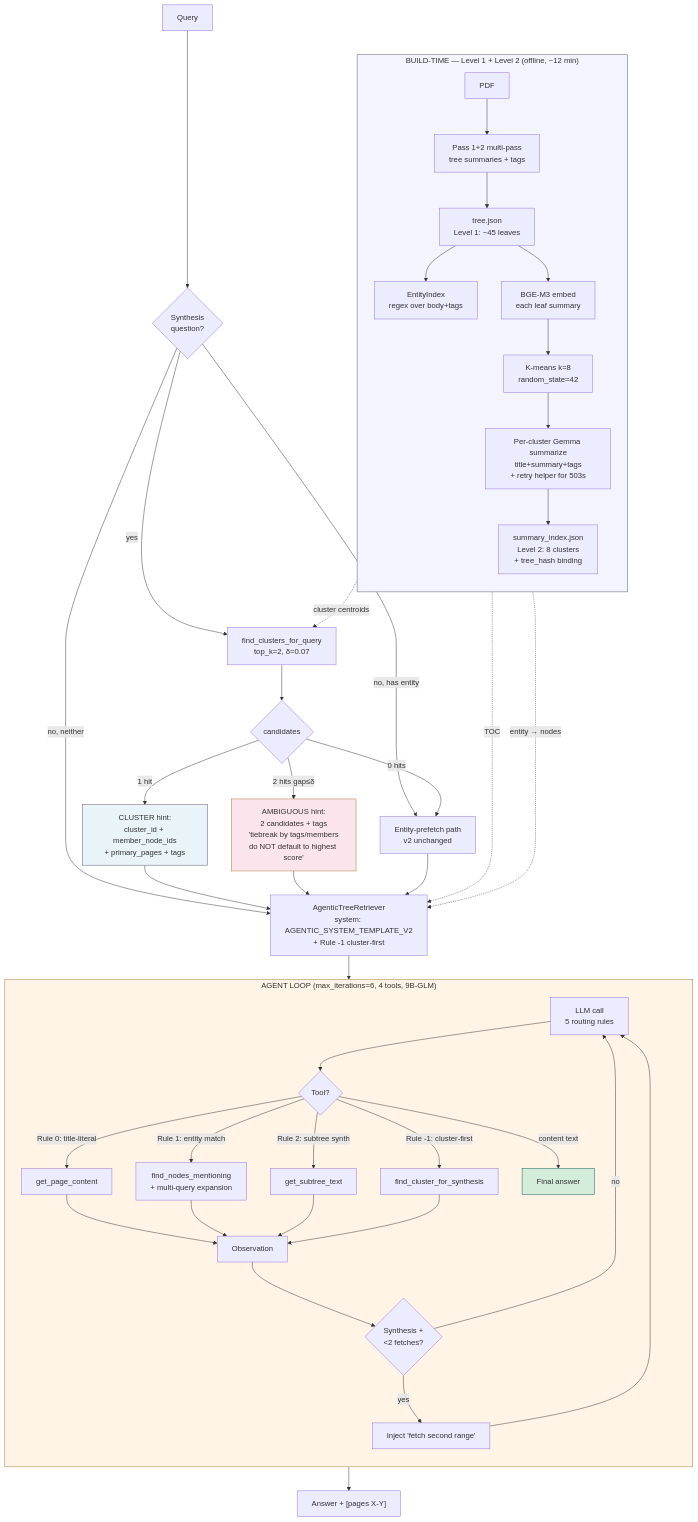
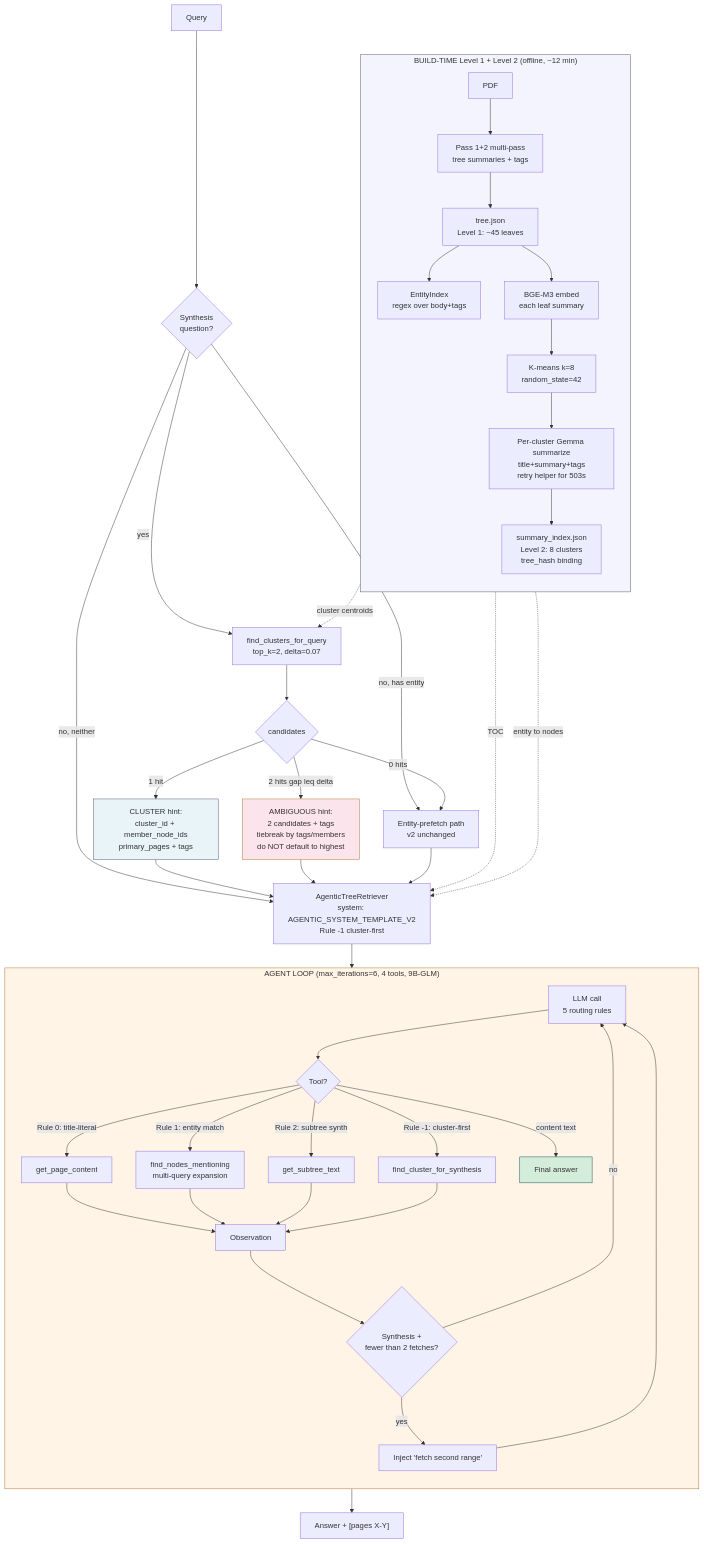
Before and after one commit to shaneliuyx/agent-prep: the third of 4 diagrams in lab-02-7-pageindex/RESULTS.md, drawn with Mermaid. The commit also changed other lines of this file, not shown here.

Commit message:
fix(docs): mermaid render — strip Unicode + quote edge labels in v3 diagram
GitHub mermaid renderer silently drops diagrams with Unicode in node text
or unquoted edge labels containing comparison operators.

Fixes for v3 architecture diagram (Block 3):
- delta -> "delta" (was Greek symbol U+03B4)
- <= rephrased as "leq delta" in edge label, label now quoted
- entity to nodes (was Unicode arrow U+2192)
- removed em-dash from BUILD3 subgraph title
- quoted multi-line edge labels with parentheses
- removed apostrophes from node text labels

Fixes for Block-1 sequence diagram:
- removed "=" from participant declarations (parser ambiguity)
- replaced "@" matrix-product notation with "by"
- replaced Unicode geq/leq with "geq"/"leq" word forms
- replaced "[{...}]" return-type syntax with prose

Block 2 (v2 architecture, committed earlier) keeps its single Unicode arrow
in dotted edge label since it has rendered correctly historically.

````diff
--- a/lab-02-7-pageindex/RESULTS.md
+++ b/lab-02-7-pageindex/RESULTS.md
@@ -686,62 +686,62 @@
 ```mermaid
 flowchart TB
     Q3["Query"] --> CLS{Synthesis<br/>question?}
 
-    subgraph BUILD3["BUILD-TIME — Level 1 + Level 2 (offline, ~12 min)"]
+    subgraph BUILD3["BUILD-TIME Level 1 + Level 2 (offline, ~12 min)"]
         direction TB
         PDF3[PDF] --> P1B[Pass 1+2 multi-pass<br/>tree summaries + tags]
         P1B --> TREE3[tree.json<br/>Level 1: ~45 leaves]
         TREE3 --> EI3[EntityIndex<br/>regex over body+tags]
         TREE3 --> EMB3[BGE-M3 embed<br/>each leaf summary]
         EMB3 --> KM3[K-means k=8<br/>random_state=42]
-        KM3 --> SUM3[Per-cluster Gemma summarize<br/>title+summary+tags<br/>+ retry helper for 503s]
-        SUM3 --> SI3[summary_index.json<br/>Level 2: 8 clusters<br/>+ tree_hash binding]
+        KM3 --> SUM3[Per-cluster Gemma summarize<br/>title+summary+tags<br/>retry helper for 503s]
+        SUM3 --> SI3[summary_index.json<br/>Level 2: 8 clusters<br/>tree_hash binding]
     end
 
-    CLS -->|yes| CL1[find_clusters_for_query<br/>top_k=2, δ=0.07]
+    CLS -->|yes| CL1["find_clusters_for_query<br/>top_k=2, delta=0.07"]
     CLS -->|no, has entity| EP3[Entity-prefetch path<br/>v2 unchanged]
     CLS -->|no, neither| R3
 
     SI3 -.cluster centroids.-> CL1
 
     CL1 --> CLOUT{candidates}
-    CLOUT -->|1 hit| SINGLE[CLUSTER hint:<br/>cluster_id + member_node_ids<br/>+ primary_pages + tags]
-    CLOUT -->|2 hits gap≤δ| AMBIG[AMBIGUOUS hint:<br/>2 candidates + tags<br/>'tiebreak by tags/members<br/>do NOT default to highest score']
+    CLOUT -->|1 hit| SINGLE["CLUSTER hint:<br/>cluster_id + member_node_ids<br/>primary_pages + tags"]
+    CLOUT -->|"2 hits gap leq delta"| AMBIG["AMBIGUOUS hint:<br/>2 candidates + tags<br/>tiebreak by tags/members<br/>do NOT default to highest"]
     CLOUT -->|0 hits| EP3
     SINGLE --> R3
     AMBIG --> R3
     EP3 --> R3
 
     TREE3 -.TOC.-> R3
-    EI3 -.entity → nodes.-> R3
+    EI3 -.entity to nodes.-> R3
 
-    R3[AgenticTreeRetriever<br/>system: AGENTIC_SYSTEM_TEMPLATE_V2<br/>+ Rule -1 cluster-first]
+    R3["AgenticTreeRetriever<br/>system: AGENTIC_SYSTEM_TEMPLATE_V2<br/>Rule -1 cluster-first"]
 
     subgraph LOOP3["AGENT LOOP (max_iterations=6, 4 tools, 9B-GLM)"]
         direction TB
         LLM3[LLM call<br/>5 routing rules]
         LLM3 --> DEC3{Tool?}
-        DEC3 -->|Rule -1: cluster-first| T3D[find_cluster_for_synthesis]
-        DEC3 -->|Rule 0: title-literal| T3A[get_page_content]
-        DEC3 -->|Rule 1: entity match| T3B[find_nodes_mentioning<br/>+ multi-query expansion]
-        DEC3 -->|Rule 2: subtree synth| T3C[get_subtree_text]
+        DEC3 -->|"Rule -1: cluster-first"| T3D[find_cluster_for_synthesis]
+        DEC3 -->|"Rule 0: title-literal"| T3A[get_page_content]
+        DEC3 -->|"Rule 1: entity match"| T3B[find_nodes_mentioning<br/>multi-query expansion]
+        DEC3 -->|"Rule 2: subtree synth"| T3C[get_subtree_text]
         DEC3 -->|content text| FINAL3[Final answer]
         T3A --> OBS3[Observation]
         T3B --> OBS3
         T3C --> OBS3
         T3D --> OBS3
-        OBS3 --> SG3{Synthesis +<br/><2 fetches?}
+        OBS3 --> SG3{"Synthesis +<br/>fewer than 2 fetches?"}
         SG3 -->|yes| INJ3[Inject 'fetch second range']
         SG3 -->|no| LLM3
         INJ3 --> LLM3
     end
 
     R3 --> LOOP3
     LOOP3 --> ANS3["Answer + [pages X-Y]"]
 
     style BUILD3 fill:#f4f4ff,stroke:#557
     style LOOP3 fill:#fff4e6,stroke:#a73
     style SINGLE fill:#e8f4f8,stroke:#557
     style AMBIG fill:#fce4ec,stroke:#a73
     style FINAL3 fill:#d4edda,stroke:#155
 ```
````
